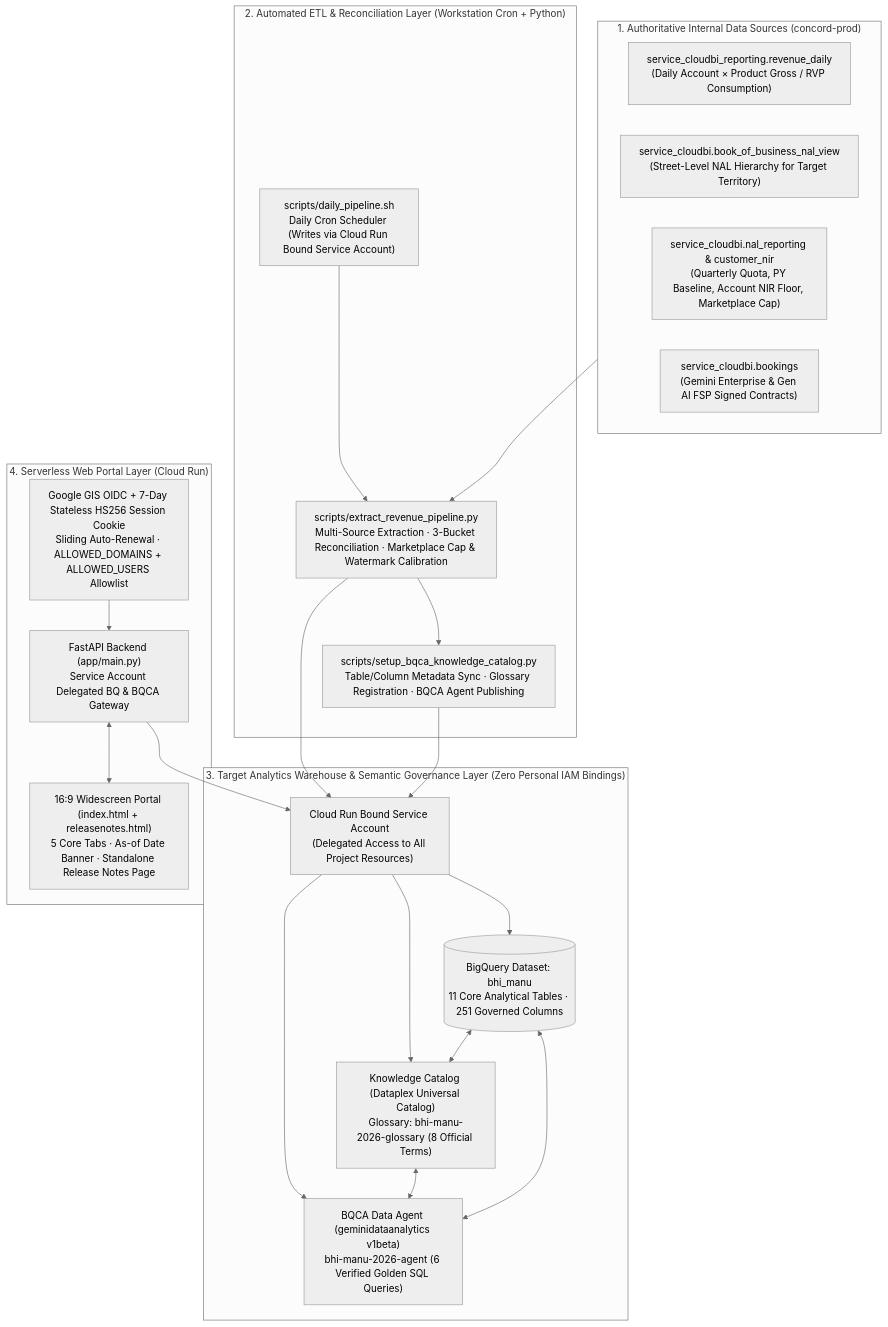
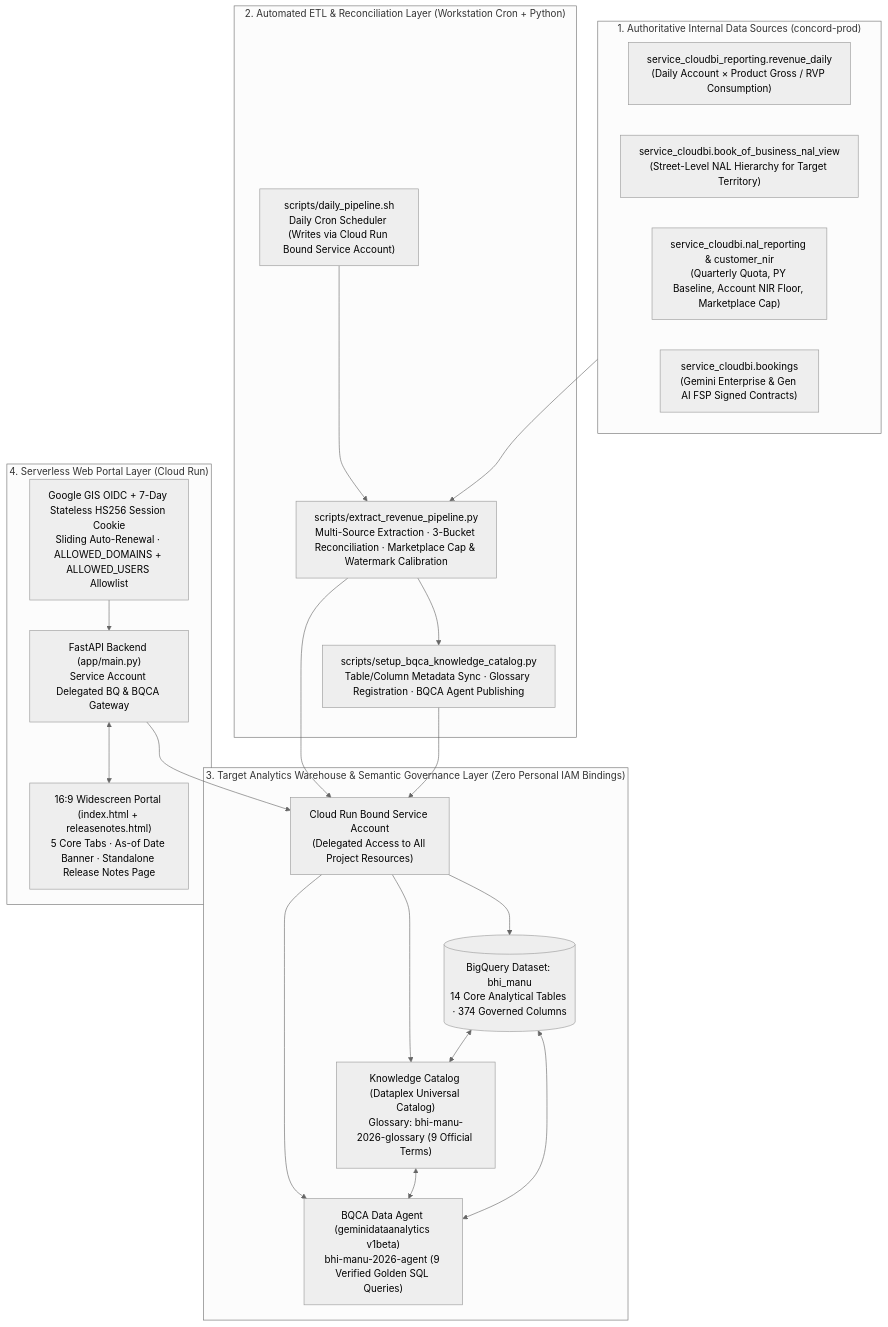
The first of 3 diagrams in SDD_en.md (cliucn/manu-bhi), drawn with Mermaid (neutral theme) before and after one commit. The commit also changed other lines of this file and 6 other files, not shown here.

Commit message:
feat(v1.12.0): add GCP project-level MRR & DRR curve tables, workbench, and inline AI chart rendering

````diff
--- a/SDD_en.md
+++ b/SDD_en.md
@@ -37,41 +38,41 @@
 ```mermaid
 flowchart TB
     subgraph Source["1. Authoritative Internal Data Sources (concord-prod)"]
         S1["service_cloudbi_reporting.revenue_daily<br/>(Daily Account × Product Gross / RVP Consumption)"]
         S2["service_cloudbi.book_of_business_nal_view<br/>(Street-Level NAL Hierarchy for Target Territory)"]
         S3["service_cloudbi.nal_reporting & customer_nir<br/>(Quarterly Quota, PY Baseline, Account NIR Floor, Marketplace Cap)"]
         S4["service_cloudbi.bookings<br/>(Gemini Enterprise & Gen AI FSP Signed Contracts)"]
     end
 
     subgraph ETL["2. Automated ETL & Reconciliation Layer (Workstation Cron + Python)"]
         P1["scripts/extract_revenue_pipeline.py<br/>Multi-Source Extraction · 3-Bucket Reconciliation · Marketplace Cap & Watermark Calibration"]
         P2["scripts/setup_bqca_knowledge_catalog.py<br/>Table/Column Metadata Sync · Glossary Registration · BQCA Agent Publishing"]
         P3["scripts/daily_pipeline.sh<br/>Daily Cron Scheduler (Writes via Cloud Run Bound Service Account)"]
         P3 --> P1 --> P2
     end
 
     subgraph DW["3. Target Analytics Warehouse & Semantic Governance Layer (Zero Personal IAM Bindings)"]
         SA["Cloud Run Bound Service Account<br/>(Delegated Access to All Project Resources)"]
-        BQ[("BigQuery Dataset: bhi_manu<br/>11 Core Analytical Tables · 251 Governed Columns")]
-        KC["Knowledge Catalog (Dataplex Universal Catalog)<br/>Glossary: bhi-manu-2026-glossary (8 Official Terms)"]
-        CA["BQCA Data Agent (geminidataanalytics v1beta)<br/>bhi-manu-2026-agent (6 Verified Golden SQL Queries)"]
+        BQ[("BigQuery Dataset: bhi_manu<br/>14 Core Analytical Tables · 374 Governed Columns")]
+        KC["Knowledge Catalog (Dataplex Universal Catalog)<br/>Glossary: bhi-manu-2026-glossary (9 Official Terms)"]
+        CA["BQCA Data Agent (geminidataanalytics v1beta)<br/>bhi-manu-2026-agent (9 Verified Golden SQL Queries)"]
         SA --> BQ
         SA --> KC
         SA --> CA
         BQ <--> KC
         KC <--> CA
         BQ <--> CA
     end
 
     subgraph Web["4. Serverless Web Portal Layer (Cloud Run)"]
         AUTH["Google GIS OIDC + 7-Day Stateless HS256 Session Cookie<br/>Sliding Auto-Renewal · ALLOWED_DOMAINS + ALLOWED_USERS Allowlist"]
         API["FastAPI Backend (app/main.py)<br/>Service Account Delegated BQ & BQCA Gateway"]
         UI["16:9 Widescreen Portal (index.html + releasenotes.html)<br/>5 Core Tabs · As-of Date Banner · Standalone Release Notes Page"]
         AUTH --> API <--> UI
     end
 
     Source --> P1
     P1 --> SA
     P2 --> SA
     API --> SA
 ```
````
